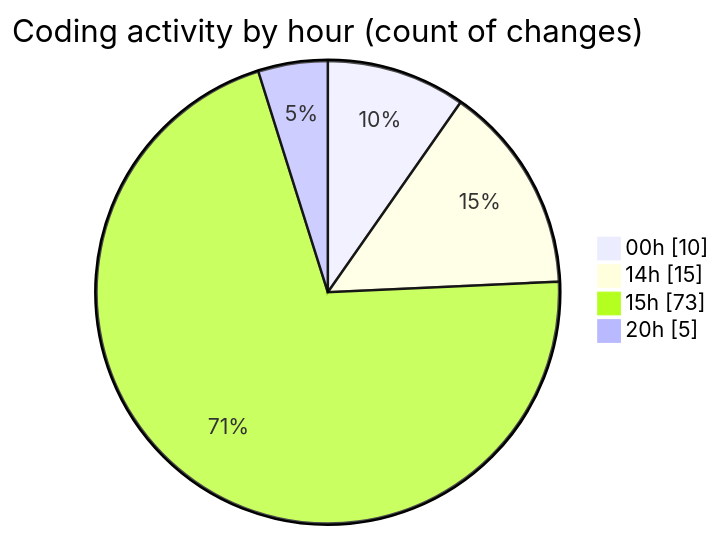
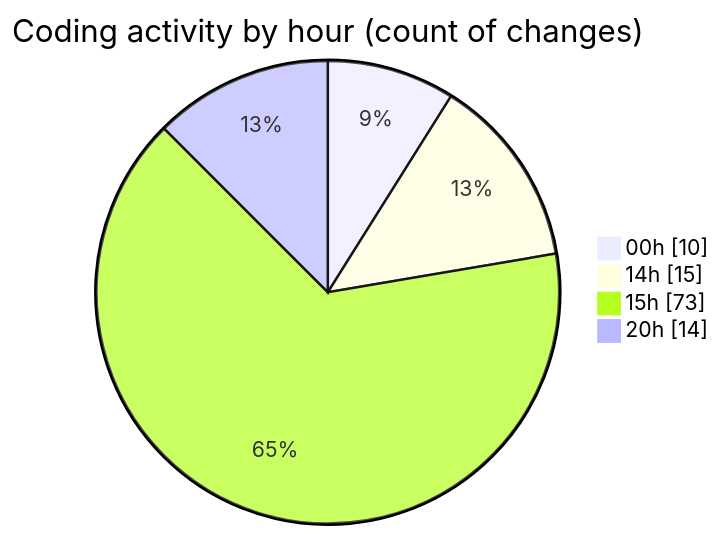
The second of 2 diagrams in 2025-04-07/echo/README.md (Netris89/code-tracking), drawn with Mermaid before and after one commit. The commit also changed other lines of this file and 1 other file, not shown here.

````diff
--- a/2025-04-07/echo/README.md
+++ b/2025-04-07/echo/README.md
@@ -40,8 +40,8 @@
 ```mermaid
 pie showData
 title Coding activity by hour (count of changes)
 "00h" : 10
 "14h" : 15
 "15h" : 73
-"20h" : 5
+"20h" : 14
 ```
````
